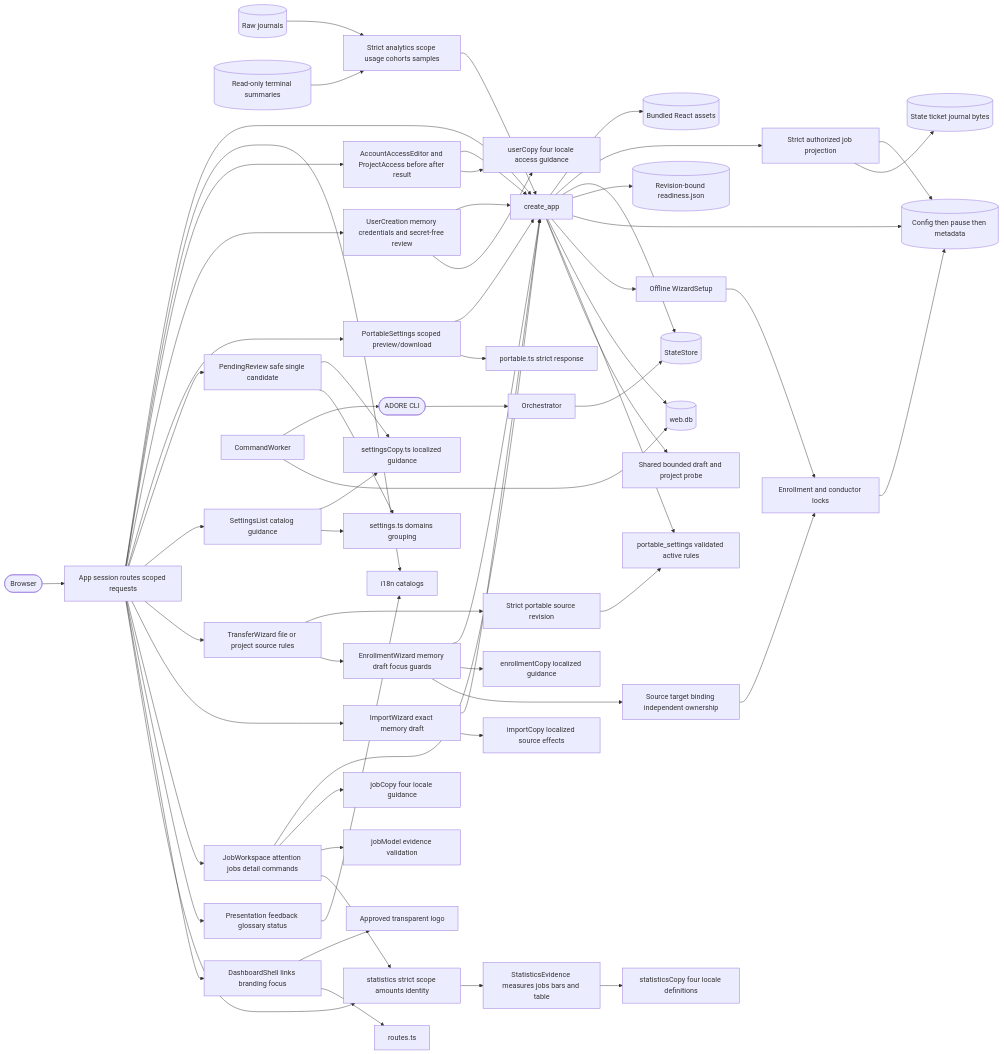
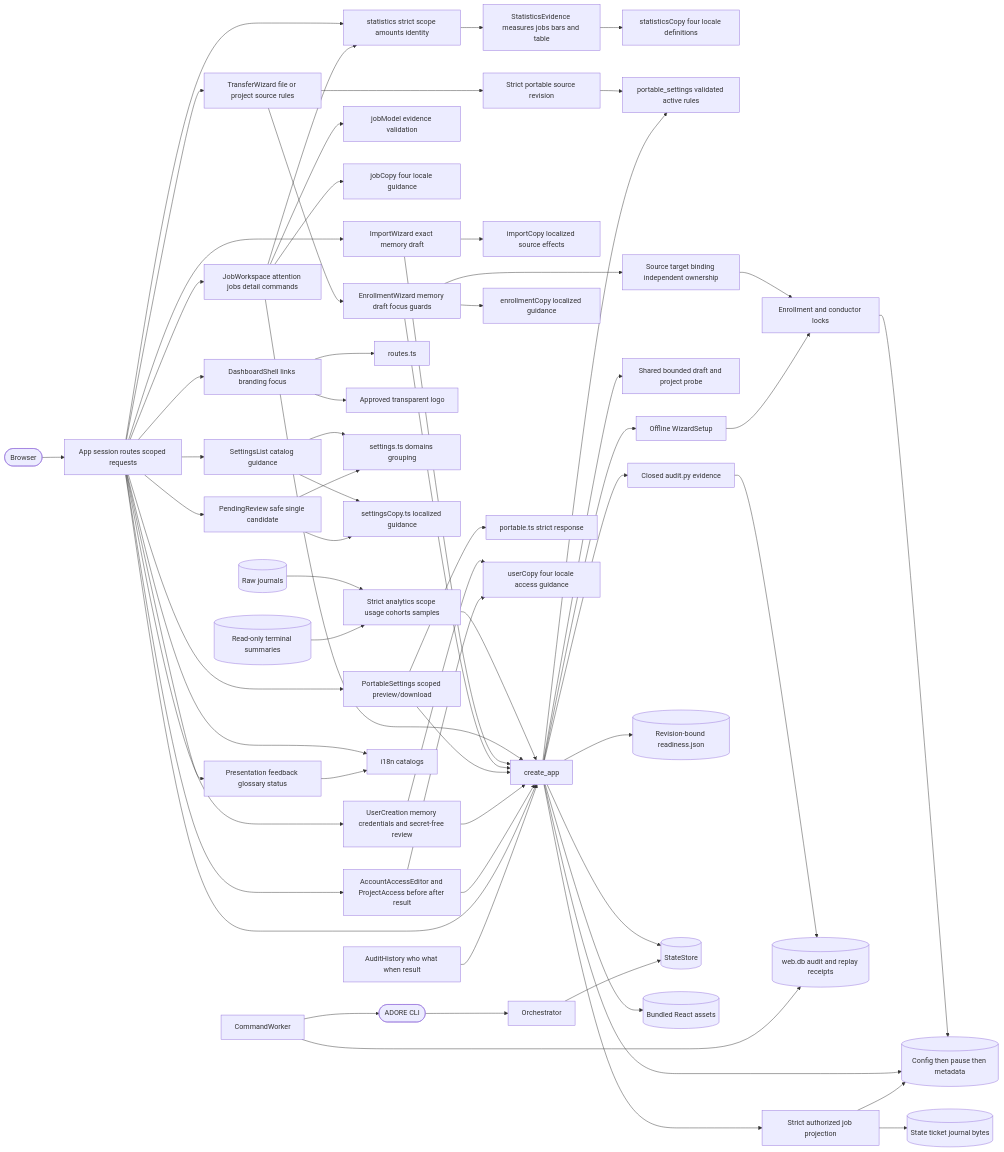
The diagram in .agentic/knowledge/web-interface.md (DDP-Engineering/AgenticDeliveryOrchestratorRuntimeEngine), drawn with Mermaid before and after one commit. The commit also changed other lines of this file and 46 other files, not shown here.

First line of the commit message:
feat(web): record redacted change evidence and scoped audit history (#19)

````diff
--- a/.agentic/knowledge/web-interface.md
+++ b/.agentic/knowledge/web-interface.md
@@ -433,65 +444,67 @@
 ```mermaid
 flowchart LR
     browser([Browser]) --> App[App session routes scoped requests]
     Journals[(Raw journals)] --> Analytics[Strict analytics scope usage cohorts samples]
     Summaries[(Read-only terminal summaries)] --> Analytics
     Analytics --> api
     App --> StatisticsReader[statistics strict scope amounts identity]
     JobWorkspace --> StatisticsReader
     StatisticsReader --> Evidence[StatisticsEvidence measures jobs bars and table]
     Evidence --> StatisticsCopy[statisticsCopy four locale definitions]
     App --> DashboardShell[DashboardShell links branding focus]
     App --> Presentation[Presentation feedback glossary status]
     App --> JobWorkspace[JobWorkspace attention jobs detail commands]
     JobWorkspace --> jobModel[jobModel evidence validation]
     JobWorkspace --> jobCopy[jobCopy four locale guidance]
     JobWorkspace --> api
     App --> ImportWizard[ImportWizard exact memory draft]
     ImportWizard --> importCopy[importCopy localized source effects]
     ImportWizard --> api
     App --> TransferWizard[TransferWizard file or project source rules]
     TransferWizard --> EnrollmentWizard[EnrollmentWizard memory draft focus guards]
     TransferWizard --> transferSource[Strict portable source revision]
     transferSource --> portableSource
     EnrollmentWizard --> transferTarget[Source target binding independent ownership]
     transferTarget --> publication
     EnrollmentWizard --> enrollmentCopy[enrollmentCopy localized guidance]
     EnrollmentWizard --> api
     api --> draftProbe[Shared bounded draft and project probe]
     DashboardShell --> routes[routes.ts]
     DashboardShell --> logo[Approved transparent logo]
     App --> SettingsList[SettingsList catalog guidance]
     App --> PendingReview[PendingReview safe single candidate]
     SettingsList --> settings[settings.ts domains grouping]
     PendingReview --> settings
     SettingsList --> settingsCopy[settingsCopy.ts localized guidance]
     PendingReview --> settingsCopy
     App --> PortableSettings[PortableSettings scoped preview/download]
     PortableSettings --> portable[portable.ts strict response]
     PortableSettings --> api
     api --> portableSource[portable_settings validated active rules]
     App --> UserCreation[UserCreation memory credentials and secret-free review]
     App --> AccessReview[AccountAccessEditor and ProjectAccess before after result]
     UserCreation --> userCopy[userCopy four locale access guidance]
     AccessReview --> userCopy
     UserCreation --> api
     AccessReview --> api
     App --> i18n[i18n catalogs]
     Presentation --> i18n
     App --> api[create_app]
-    api --> identity[(web.db)]
+    api --> audit[Closed audit.py evidence]
+    audit --> identity[(web.db audit and replay receipts)]
+    AuditHistory[AuditHistory who what when result] --> api
     api --> preparation[Offline WizardSetup]
     preparation --> publication[Enrollment and conductor locks]
     publication --> profiles[(Config then pause then metadata)]
     api --> profiles
     api --> verification[(Revision-bound readiness.json)]
     api --> state[(StateStore)]
     api --> jobs[Strict authorized job projection]
     jobs --> sources[(State ticket journal bytes)]
     jobs --> profiles
     api --> assets[(Bundled React assets)]
     worker[CommandWorker] --> identity
     worker --> cli([ADORE CLI])
     cli --> conductor[Orchestrator]
     conductor --> state
 ```
````
